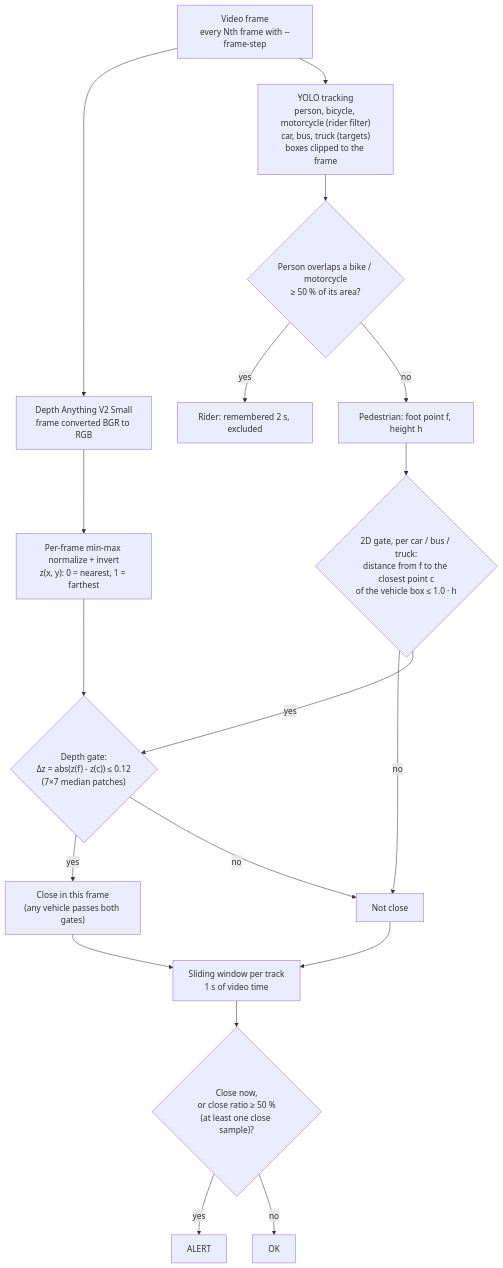
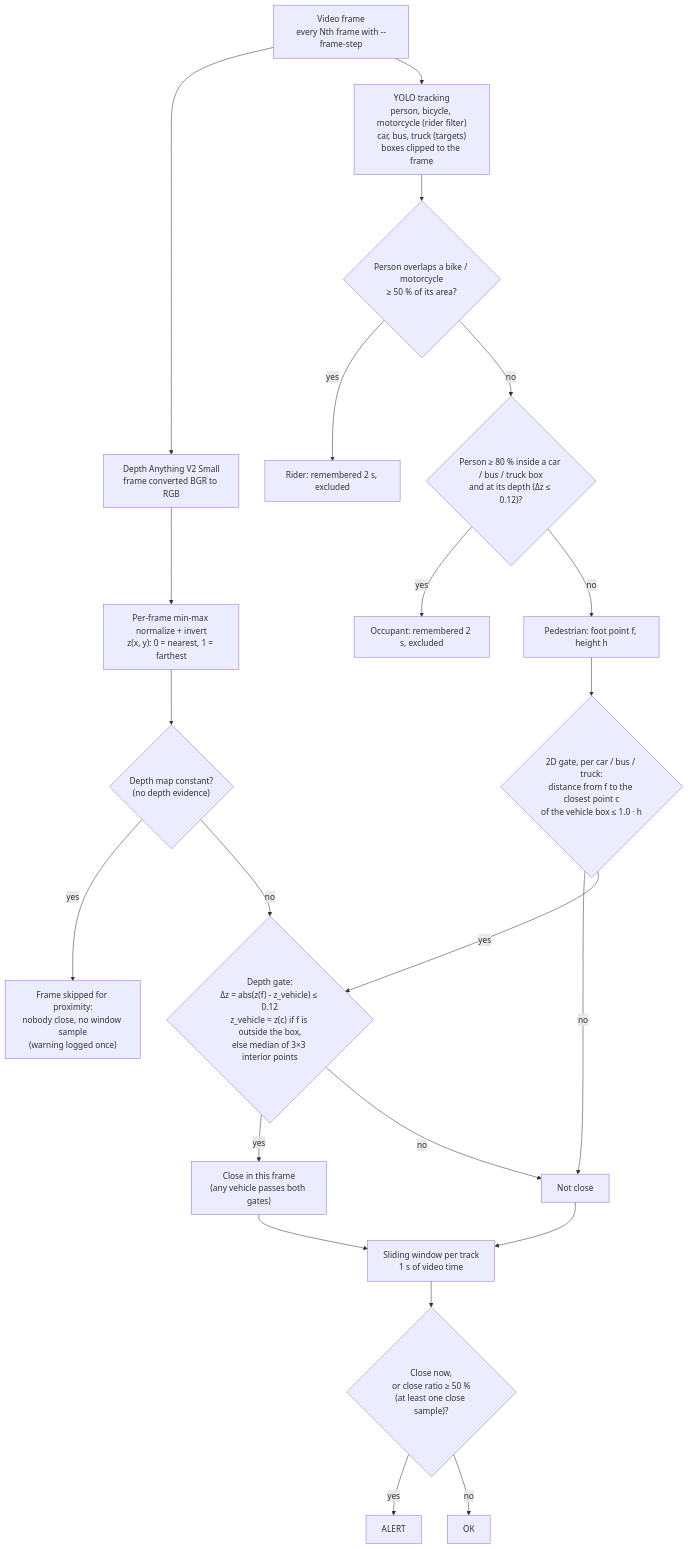
The diagram in README.md (karemdm/pedestrian-vehicle-proximity-alert), drawn with Mermaid before and after one commit. The commit also changed other lines of this file and 1 other file, not shown here.

Commit message:
docs: describe interior vehicle depth, occupants, constant depth frames and the pre-change results

````diff
--- a/README.md
+++ b/README.md
@@ -26,20 +31,24 @@
 ```mermaid
 flowchart TD
     A["Video frame<br/>every Nth frame with --frame-step"] --> B["Depth Anything V2 Small<br/>frame converted BGR to RGB"]
     B --> C["Per-frame min-max normalize + invert<br/>z(x, y): 0 = nearest, 1 = farthest"]
+    C --> R{"Depth map constant?<br/>(no depth evidence)"}
+    R -- yes --> S["Frame skipped for proximity:<br/>nobody close, no window sample<br/>(warning logged once)"]
     A --> D["YOLO tracking<br/>person, bicycle, motorcycle (rider filter)<br/>car, bus, truck (targets)<br/>boxes clipped to the frame"]
     D --> E{"Person overlaps a bike / motorcycle<br/>≥ 50 % of its area?"}
     E -- yes --> F["Rider: remembered 2 s, excluded"]
-    E -- no --> G["Pedestrian: foot point f, height h"]
+    E -- no --> T{"Person ≥ 80 % inside a car / bus / truck box<br/>and at its depth (Δz ≤ 0.12)?"}
+    T -- yes --> U["Occupant: remembered 2 s, excluded"]
+    T -- no --> G["Pedestrian: foot point f, height h"]
     G --> H{"2D gate, per car / bus / truck:<br/>distance from f to the closest point c<br/>of the vehicle box ≤ 1.0 · h"}
     H -- no --> L
-    H -- yes --> I{"Depth gate:<br/>Δz = abs(z(f) - z(c)) ≤ 0.12<br/>(7×7 median patches)"}
-    C --> I
+    H -- yes --> I{"Depth gate:<br/>Δz = abs(z(f) - z_vehicle) ≤ 0.12<br/>z_vehicle = z(c) if f is outside the box,<br/>else median of 3×3 interior points"}
+    R -- no --> I
     I -- yes --> K["Close in this frame<br/>(any vehicle passes both gates)"]
     I -- no --> L["Not close"]
     K --> M["Sliding window per track<br/>1 s of video time"]
     L --> M
     M --> N{"Close now,<br/>or close ratio ≥ 50 %<br/>(at least one close sample)?"}
     N -- yes --> O["ALERT"]
     N -- no --> P["OK"]
 ```
````
